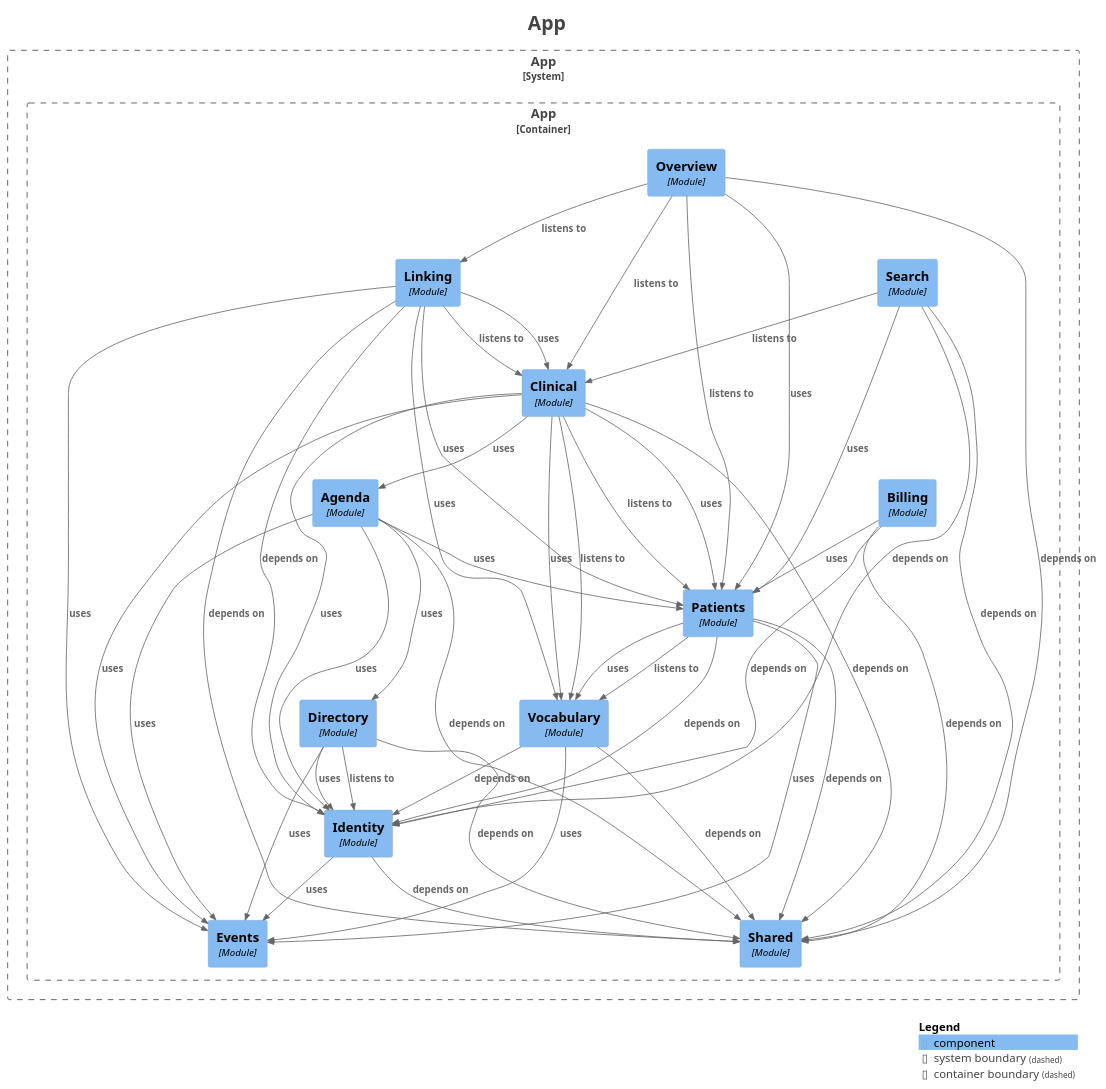
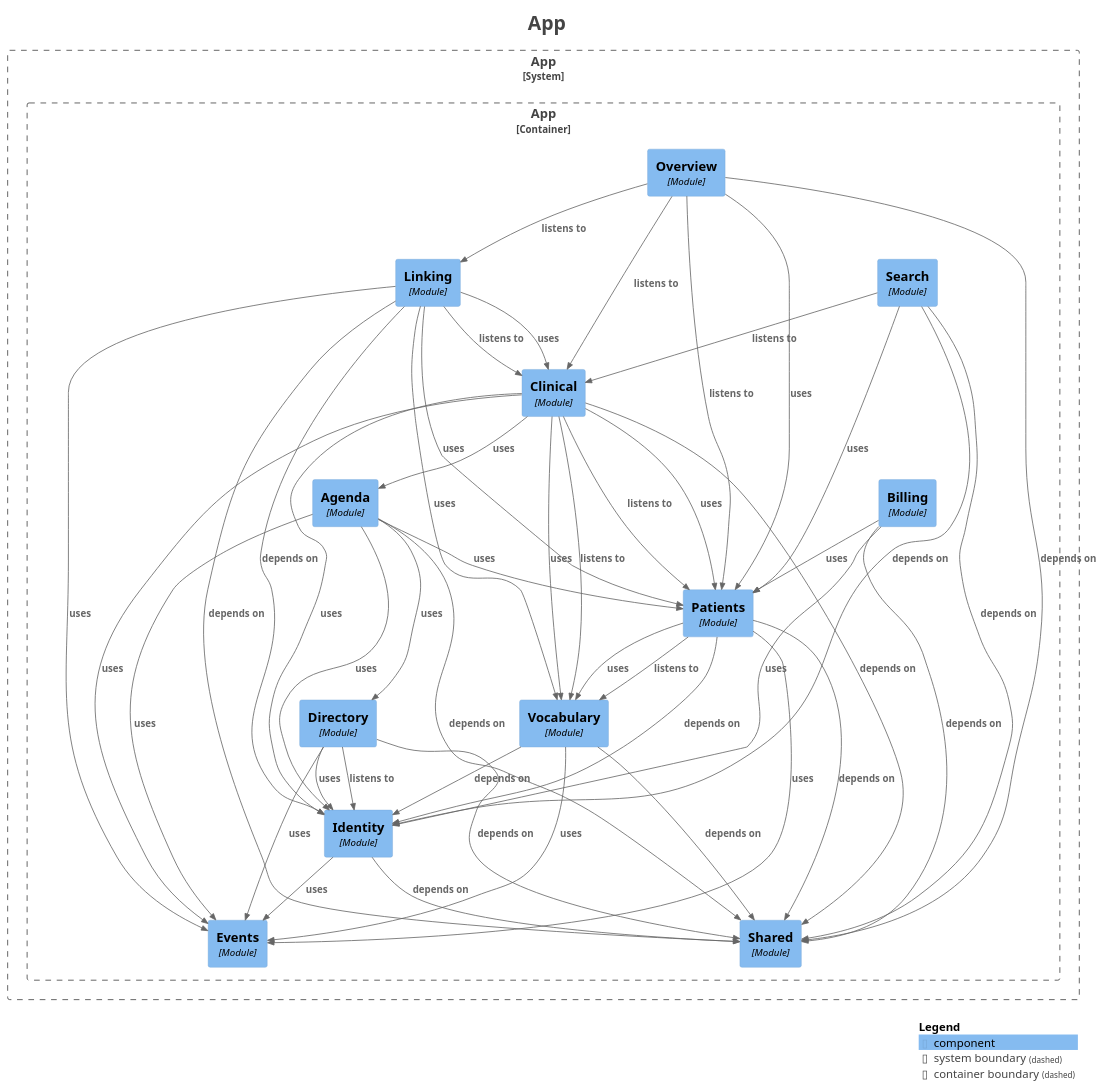
The diagram in docs/generated/components.puml (mrscams/psymate-api), drawn with PlantUML before and after one commit. The commit also changed 53 other files, not shown here.

```diff
--- a/docs/generated/components.puml
+++ b/docs/generated/components.puml
@@ -1,85 +1,85 @@
 @startuml
 title <size:24>App</size>
 
 set separator none
 top to bottom direction
 
 <style>
   root {
     BackgroundColor: #ffffff
     FontColor: #444444
   }
 </style>
 
 !include <C4/C4>
 !include <C4/C4_Context>
 !include <C4/C4_Component>
 
 System_Boundary("App_boundary", "App", $tags="") {
   Container_Boundary("App.App_boundary", "App", $tags="") {
     Component(App.App.Agenda, "Agenda", $techn="Module", $descr="", $tags="", $link="")
     Component(App.App.Billing, "Billing", $techn="Module", $descr="", $tags="", $link="")
     Component(App.App.Clinical, "Clinical", $techn="Module", $descr="", $tags="", $link="")
     Component(App.App.Directory, "Directory", $techn="Module", $descr="", $tags="", $link="")
     Component(App.App.Events, "Events", $techn="Module", $descr="", $tags="", $link="")
     Component(App.App.Identity, "Identity", $techn="Module", $descr="", $tags="", $link="")
     Component(App.App.Linking, "Linking", $techn="Module", $descr="", $tags="", $link="")
     Component(App.App.Overview, "Overview", $techn="Module", $descr="", $tags="", $link="")
     Component(App.App.Patients, "Patients", $techn="Module", $descr="", $tags="", $link="")
     Component(App.App.Search, "Search", $techn="Module", $descr="", $tags="", $link="")
     Component(App.App.Shared, "Shared", $techn="Module", $descr="", $tags="", $link="")
     Component(App.App.Vocabulary, "Vocabulary", $techn="Module", $descr="", $tags="", $link="")
   }
 
 }
 
 Rel(App.App.Agenda, App.App.Directory, "uses", $techn="", $tags="", $link="")
 Rel(App.App.Agenda, App.App.Events, "uses", $techn="", $tags="", $link="")
 Rel(App.App.Agenda, App.App.Identity, "uses", $techn="", $tags="", $link="")
 Rel(App.App.Agenda, App.App.Patients, "uses", $techn="", $tags="", $link="")
 Rel(App.App.Agenda, App.App.Shared, "depends on", $techn="", $tags="", $link="")
-Rel(App.App.Billing, App.App.Identity, "depends on", $techn="", $tags="", $link="")
+Rel(App.App.Billing, App.App.Identity, "uses", $techn="", $tags="", $link="")
 Rel(App.App.Billing, App.App.Patients, "uses", $techn="", $tags="", $link="")
 Rel(App.App.Billing, App.App.Shared, "depends on", $techn="", $tags="", $link="")
 Rel(App.App.Clinical, App.App.Agenda, "uses", $techn="", $tags="", $link="")
 Rel(App.App.Clinical, App.App.Events, "uses", $techn="", $tags="", $link="")
 Rel(App.App.Clinical, App.App.Identity, "uses", $techn="", $tags="", $link="")
 Rel(App.App.Clinical, App.App.Patients, "listens to", $techn="", $tags="", $link="")
 Rel(App.App.Clinical, App.App.Patients, "uses", $techn="", $tags="", $link="")
 Rel(App.App.Clinical, App.App.Shared, "depends on", $techn="", $tags="", $link="")
 Rel(App.App.Clinical, App.App.Vocabulary, "listens to", $techn="", $tags="", $link="")
 Rel(App.App.Clinical, App.App.Vocabulary, "uses", $techn="", $tags="", $link="")
 Rel(App.App.Directory, App.App.Events, "uses", $techn="", $tags="", $link="")
 Rel(App.App.Directory, App.App.Identity, "listens to", $techn="", $tags="", $link="")
 Rel(App.App.Directory, App.App.Identity, "uses", $techn="", $tags="", $link="")
 Rel(App.App.Directory, App.App.Shared, "depends on", $techn="", $tags="", $link="")
 Rel(App.App.Identity, App.App.Events, "uses", $techn="", $tags="", $link="")
 Rel(App.App.Identity, App.App.Shared, "depends on", $techn="", $tags="", $link="")
 Rel(App.App.Linking, App.App.Clinical, "listens to", $techn="", $tags="", $link="")
 Rel(App.App.Linking, App.App.Clinical, "uses", $techn="", $tags="", $link="")
 Rel(App.App.Linking, App.App.Events, "uses", $techn="", $tags="", $link="")
 Rel(App.App.Linking, App.App.Identity, "depends on", $techn="", $tags="", $link="")
 Rel(App.App.Linking, App.App.Patients, "uses", $techn="", $tags="", $link="")
 Rel(App.App.Linking, App.App.Shared, "depends on", $techn="", $tags="", $link="")
 Rel(App.App.Linking, App.App.Vocabulary, "uses", $techn="", $tags="", $link="")
 Rel(App.App.Overview, App.App.Clinical, "listens to", $techn="", $tags="", $link="")
 Rel(App.App.Overview, App.App.Linking, "listens to", $techn="", $tags="", $link="")
 Rel(App.App.Overview, App.App.Patients, "listens to", $techn="", $tags="", $link="")
 Rel(App.App.Overview, App.App.Patients, "uses", $techn="", $tags="", $link="")
 Rel(App.App.Overview, App.App.Shared, "depends on", $techn="", $tags="", $link="")
 Rel(App.App.Patients, App.App.Events, "uses", $techn="", $tags="", $link="")
 Rel(App.App.Patients, App.App.Identity, "depends on", $techn="", $tags="", $link="")
 Rel(App.App.Patients, App.App.Shared, "depends on", $techn="", $tags="", $link="")
 Rel(App.App.Patients, App.App.Vocabulary, "listens to", $techn="", $tags="", $link="")
 Rel(App.App.Patients, App.App.Vocabulary, "uses", $techn="", $tags="", $link="")
 Rel(App.App.Search, App.App.Clinical, "listens to", $techn="", $tags="", $link="")
 Rel(App.App.Search, App.App.Identity, "depends on", $techn="", $tags="", $link="")
 Rel(App.App.Search, App.App.Patients, "uses", $techn="", $tags="", $link="")
 Rel(App.App.Search, App.App.Shared, "depends on", $techn="", $tags="", $link="")
 Rel(App.App.Vocabulary, App.App.Events, "uses", $techn="", $tags="", $link="")
 Rel(App.App.Vocabulary, App.App.Identity, "depends on", $techn="", $tags="", $link="")
 Rel(App.App.Vocabulary, App.App.Shared, "depends on", $techn="", $tags="", $link="")
 
 SHOW_LEGEND(true)
 hide stereotypes
 @enduml
```
